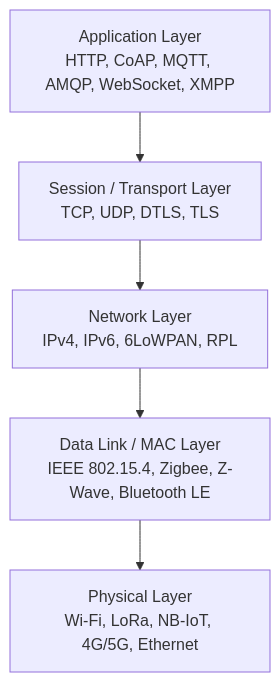
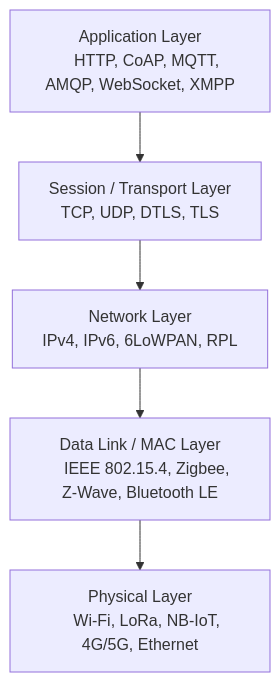
The third of 13 diagrams in Unofficial-QB/Unofficial-QB-Claude-Ans.md (lazgaming70/IOT-CIA-1), drawn with Mermaid before and after one commit. The commit also changed other lines of this file, not shown here.

Commit message:
Fixed mermaidjs newline syntax

````diff
--- a/Unofficial-QB/Unofficial-QB-Claude-Ans.md
+++ b/Unofficial-QB/Unofficial-QB-Claude-Ans.md
@@ -447,7 +464,12 @@
 ```mermaid
 flowchart TD
-    A[Application Layer\nHTTP, CoAP, MQTT, AMQP, WebSocket, XMPP] --> B[Session / Transport Layer\nTCP, UDP, DTLS, TLS]
-    B --> C[Network Layer\nIPv4, IPv6, 6LoWPAN, RPL]
-    C --> D[Data Link / MAC Layer\nIEEE 802.15.4, Zigbee, Z-Wave, Bluetooth LE]
-    D --> E[Physical Layer\nWi-Fi, LoRa, NB-IoT, 4G/5G, Ethernet]
+    A[Application Layer
+    HTTP, CoAP, MQTT, AMQP, WebSocket, XMPP] --> B[Session / Transport Layer
+    TCP, UDP, DTLS, TLS]
+    B --> C[Network Layer
+    IPv4, IPv6, 6LoWPAN, RPL]
+    C --> D[Data Link / MAC Layer
+    IEEE 802.15.4, Zigbee, Z-Wave, Bluetooth LE]
+    D --> E[Physical Layer
+    Wi-Fi, LoRa, NB-IoT, 4G/5G, Ethernet]
 ```
````
